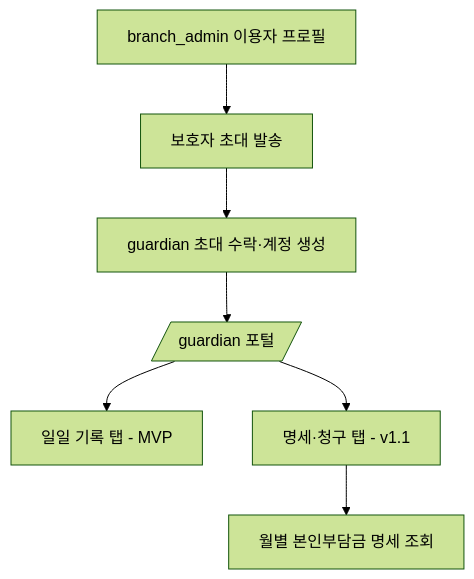
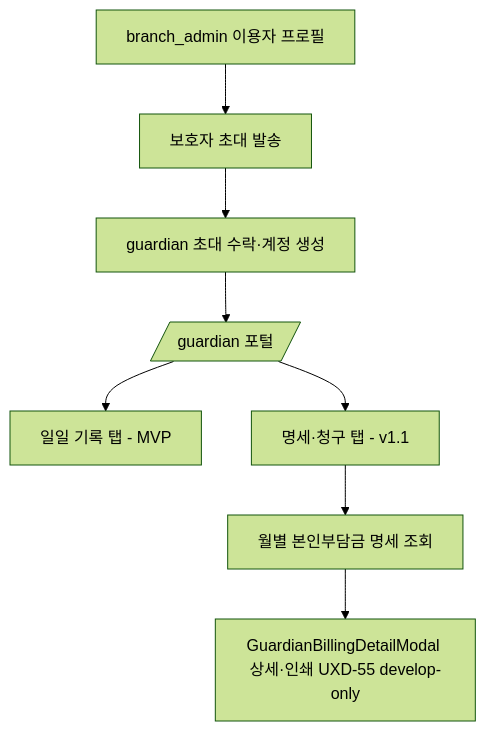
One commit to ogada-web/ogada changed diagram 13 of 14 in docs/planning/FLOWCHART.md. Above: the diagram before and after it, drawn with Mermaid (forest theme). The commit also changed other lines of this file and 677 other files, not shown here.

````diff
--- a/docs/planning/FLOWCHART.md
+++ b/docs/planning/FLOWCHART.md
@@ -250,9 +270,10 @@
 ```mermaid
 flowchart TD
   S[branch_admin 이용자 프로필] --> I[보호자 초대 발송]
   I --> G[guardian 초대 수락·계정 생성]
   G --> P[/guardian 포털/]
   P --> T1[일일 기록 탭 - MVP]
   P --> T2[명세·청구 탭 - v1.1]
   T2 --> B[월별 본인부담금 명세 조회]
+  B --> C[GuardianBillingDetailModal 상세·인쇄 UXD-55 develop-only]
 ```
````
